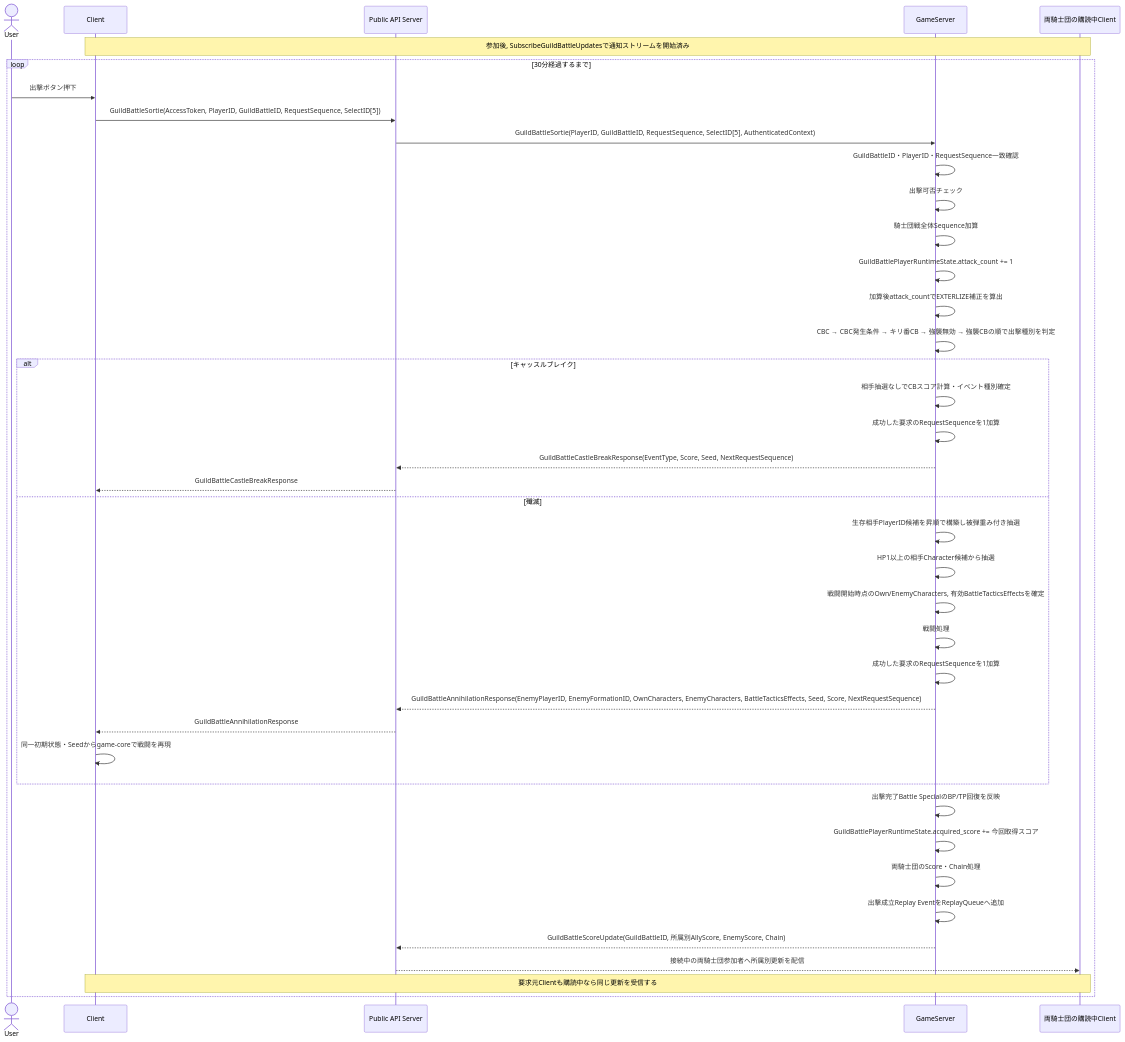
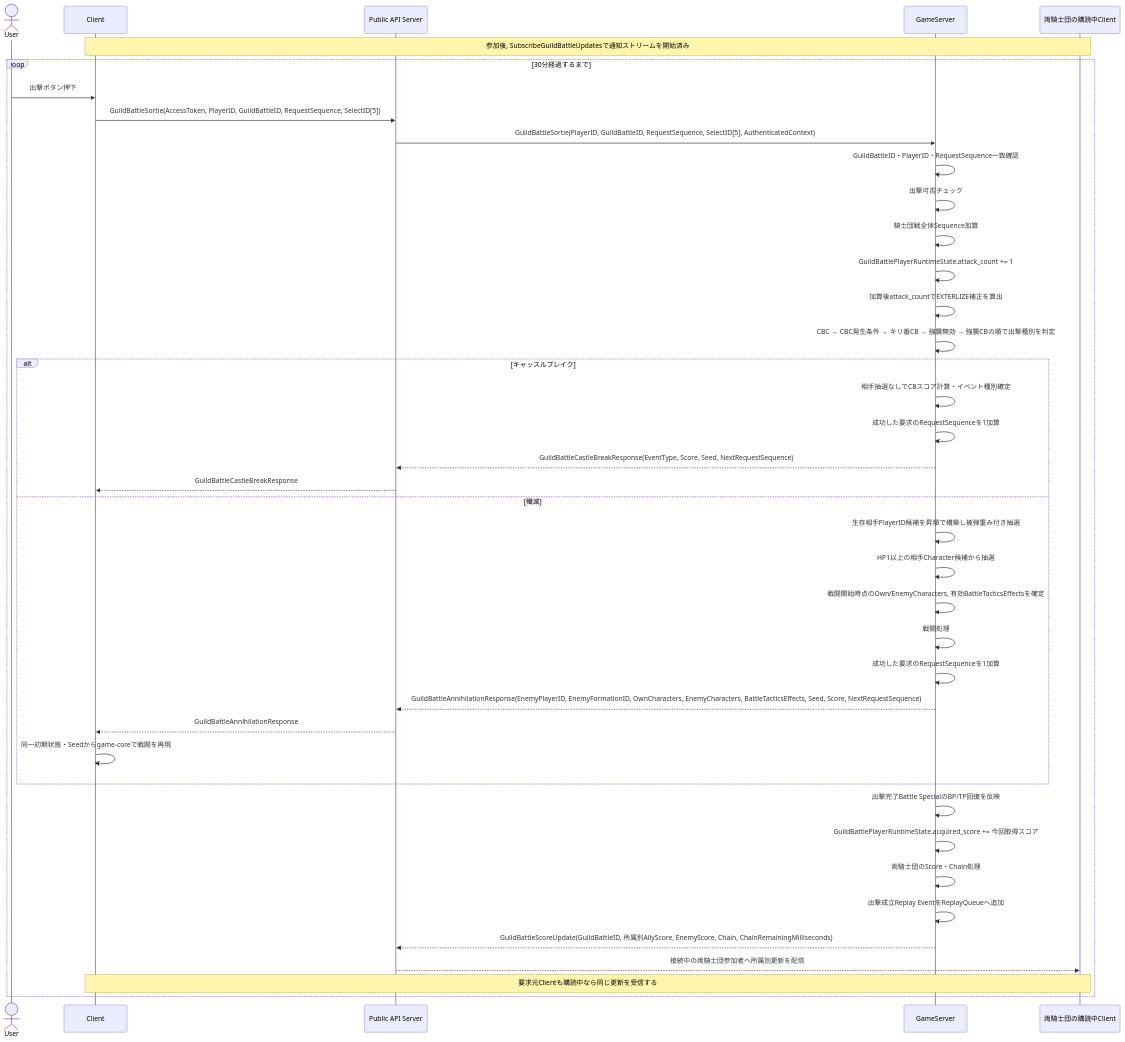
Before and after one commit to ReHydrangeaOdyssey/Specifications: the fourth of 14 diagrams in design/server/guild_battle.md, drawn with Mermaid. The commit also changed other lines of this file and 21 other files, not shown here.

````diff
--- a/design/server/guild_battle.md
+++ b/design/server/guild_battle.md
@@ -248,45 +248,45 @@
 ```mermaid
 sequenceDiagram
     actor User
     participant Client
     participant PublicAPIServer as Public API Server
     participant GameServer
     participant Subscribers as 両騎士団の購読中Client
 
     Note over Client,Subscribers: 参加後, SubscribeGuildBattleUpdatesで通知ストリームを開始済み
     loop 30分経過するまで
         User ->> Client: 出撃ボタン押下
         Client ->> PublicAPIServer: GuildBattleSortie(AccessToken, PlayerID, GuildBattleID, RequestSequence, SelectID[5])
         PublicAPIServer ->> GameServer: GuildBattleSortie(PlayerID, GuildBattleID, RequestSequence, SelectID[5], AuthenticatedContext)
         GameServer ->> GameServer: GuildBattleID・PlayerID・RequestSequence一致確認
         GameServer ->> GameServer: 出撃可否チェック
         GameServer ->> GameServer: 騎士団戦全体Sequence加算
         GameServer ->> GameServer: GuildBattlePlayerRuntimeState.attack_count += 1
         GameServer ->> GameServer: 加算後attack_countでEXTERLIZE補正を算出
         GameServer ->> GameServer: CBC → CBC発生条件 → キリ番CB → 強襲無効 → 強襲CBの順で出撃種別を判定
 
         alt キャッスルブレイク
             GameServer ->> GameServer: 相手抽選なしでCBスコア計算・イベント種別確定
             GameServer ->> GameServer: 成功した要求のRequestSequenceを1加算
             GameServer -->> PublicAPIServer: GuildBattleCastleBreakResponse(EventType, Score, Seed, NextRequestSequence)
             PublicAPIServer -->> Client: GuildBattleCastleBreakResponse
         else 殲滅
             GameServer ->> GameServer: 生存相手PlayerID候補を昇順で構築し被弾重み付き抽選
             GameServer ->> GameServer: HP1以上の相手Character候補から抽選
             GameServer ->> GameServer: 戦闘開始時点のOwn/EnemyCharacters, 有効BattleTacticsEffectsを確定
             GameServer ->> GameServer: 戦闘処理
             GameServer ->> GameServer: 成功した要求のRequestSequenceを1加算
             GameServer -->> PublicAPIServer: GuildBattleAnnihilationResponse(EnemyPlayerID, EnemyFormationID, OwnCharacters, EnemyCharacters, BattleTacticsEffects, Seed, Score, NextRequestSequence)
             PublicAPIServer -->> Client: GuildBattleAnnihilationResponse
             Client ->> Client: 同一初期状態・Seedからgame-coreで戦闘を再現
         end
 
         GameServer ->> GameServer: 出撃完了Battle SpecialのBP/TP回復を反映
         GameServer ->> GameServer: GuildBattlePlayerRuntimeState.acquired_score += 今回取得スコア
         GameServer ->> GameServer: 両騎士団のScore・Chain処理
         GameServer ->> GameServer: 出撃成立Replay EventをReplayQueueへ追加
-        GameServer -->> PublicAPIServer: GuildBattleScoreUpdate(GuildBattleID, 所属別AllyScore, EnemyScore, Chain)
+        GameServer -->> PublicAPIServer: GuildBattleScoreUpdate(GuildBattleID, 所属別AllyScore, EnemyScore, Chain, ChainRemainingMilliseconds)
         PublicAPIServer -->> Subscribers: 接続中の両騎士団参加者へ所属別更新を配信
         Note over Client,Subscribers: 要求元Clientも購読中なら同じ更新を受信する
     end
 ```
````
